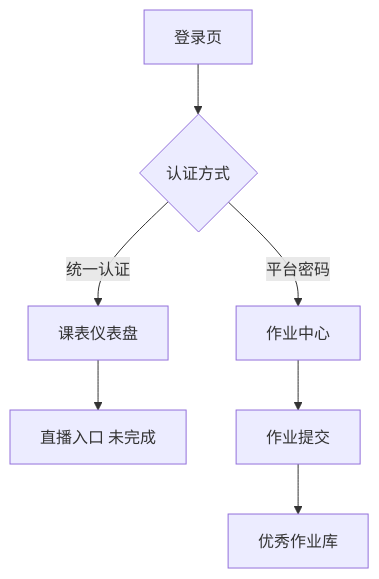
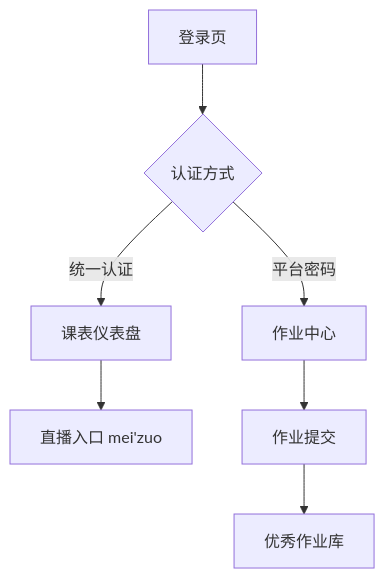
The second of 2 diagrams in README.md (57Darling02/BjtuCoursePlatform), drawn with Mermaid before and after one commit. The commit also changed other lines of this file, not shown here.

````diff
--- a/README.md
+++ b/README.md
@@ -77,9 +90,9 @@
 ```mermaid
 flowchart TD
     A[登录页] --> B{认证方式}
     B -->|统一认证| C[课表仪表盘]
     B -->|平台密码| D[作业中心]
-    C --> E[直播入口 未完成]
+    C --> E[直播入口 mei'zuo]
     D --> F[作业提交]
     F --> G[优秀作业库]
 ```
````
